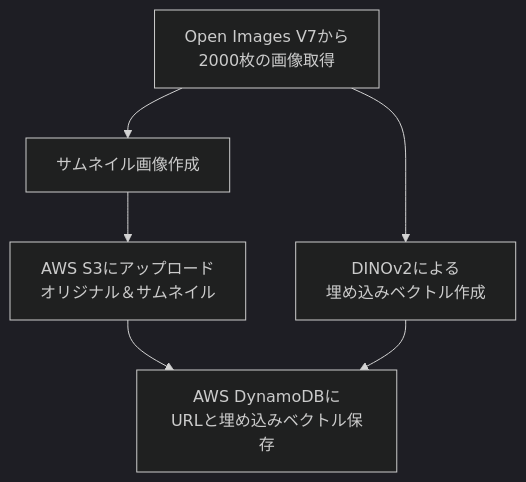
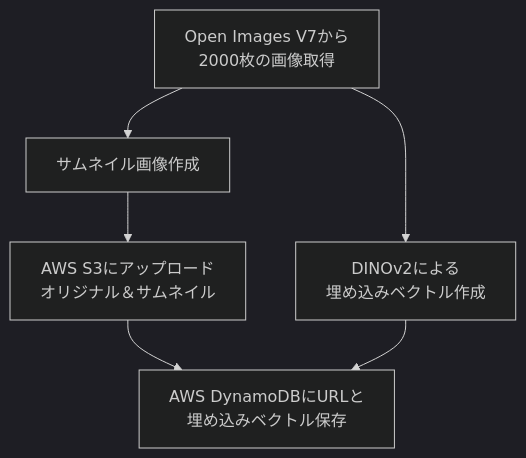
Before and after one commit to tukaharu2/portfolio: the first of 2 diagrams in similar_image_project/README.md, drawn with Mermaid (dark theme). The commit also changed other lines of this file, not shown here.

````diff
--- a/similar_image_project/README.md
+++ b/similar_image_project/README.md
@@ -33,9 +33,9 @@
 ```mermaid
 flowchart TD
     A[Open Images V7から<br>2000枚の画像取得] --> B[DINOv2による<br>埋め込みベクトル作成]
     A --> C[サムネイル画像作成]
     C --> D[AWS S3にアップロード<br>オリジナル＆サムネイル]
-    D --> E[AWS DynamoDBに<br>URLと埋め込みベクトル保存]
+    D --> E[AWS DynamoDBにURLと<br>埋め込みベクトル保存]
     B --> E
 
 ```
````
